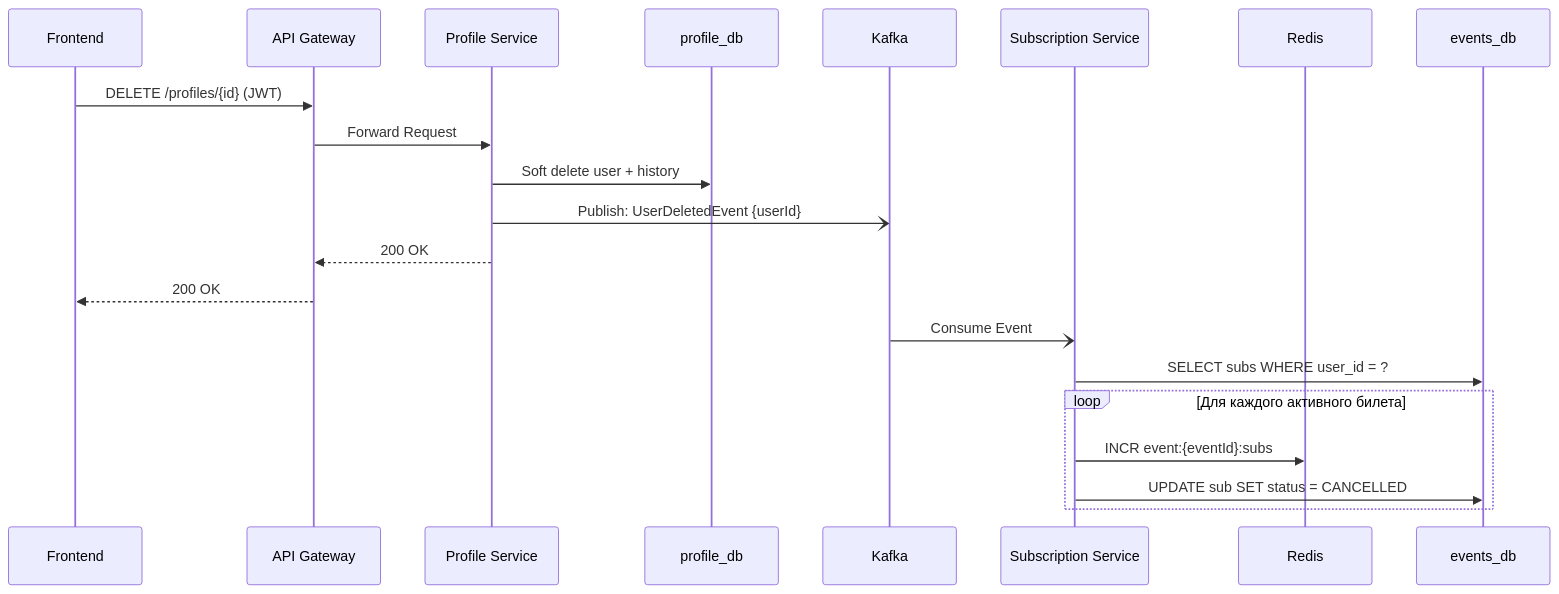
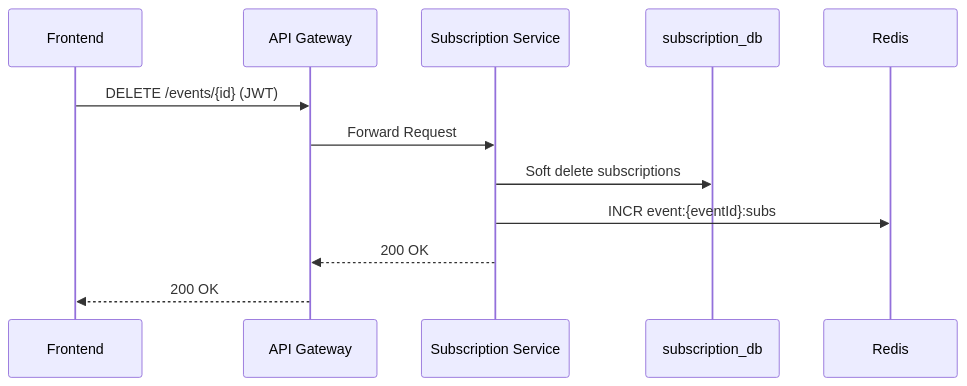
The fifth of 6 diagrams in README.md (NewRecon/sport-point-api), drawn with Mermaid before and after one commit. The commit also changed other lines of this file and 31 other files, not shown here.

````diff
--- a/README.md
+++ b/README.md
@@ -235,24 +223,15 @@
 ```mermaid
 sequenceDiagram
     participant C as Frontend
     participant GW as API Gateway
-    participant PS as Profile Service
-    participant DB1 as profile_db
-    participant K as Kafka
     participant SS as Subscription Service
+    participant DB as subscription_db
     participant R as Redis
-    participant DB2 as events_db
 
-    C->>GW: DELETE /profiles/{id} (JWT)
-    GW->>PS: Forward Request
-    PS->>DB1: Soft delete user + history
-    PS-)K: Publish: UserDeletedEvent {userId}
-    PS-->>GW: 200 OK
+    C->>GW: DELETE /events/{id} (JWT)
+    GW->>SS: Forward Request
+    SS->>DB: Soft delete subscriptions
+    SS->>R: INCR event:{eventId}:subs
+    SS-->>GW: 200 OK
     GW-->>C: 200 OK
-    K-)SS: Consume Event
-    SS->>DB2: SELECT subs WHERE user_id = ?
-    loop Для каждого активного билета
-        SS->>R: INCR event:{eventId}:subs
-        SS->>DB2: UPDATE sub SET status = CANCELLED
-    end
 ```
````
